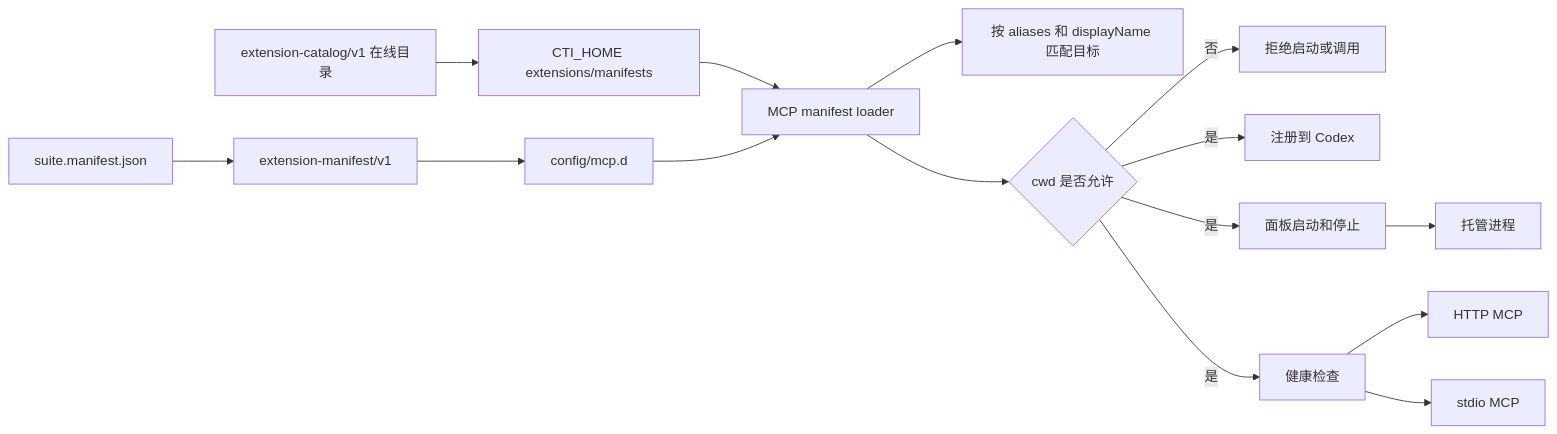
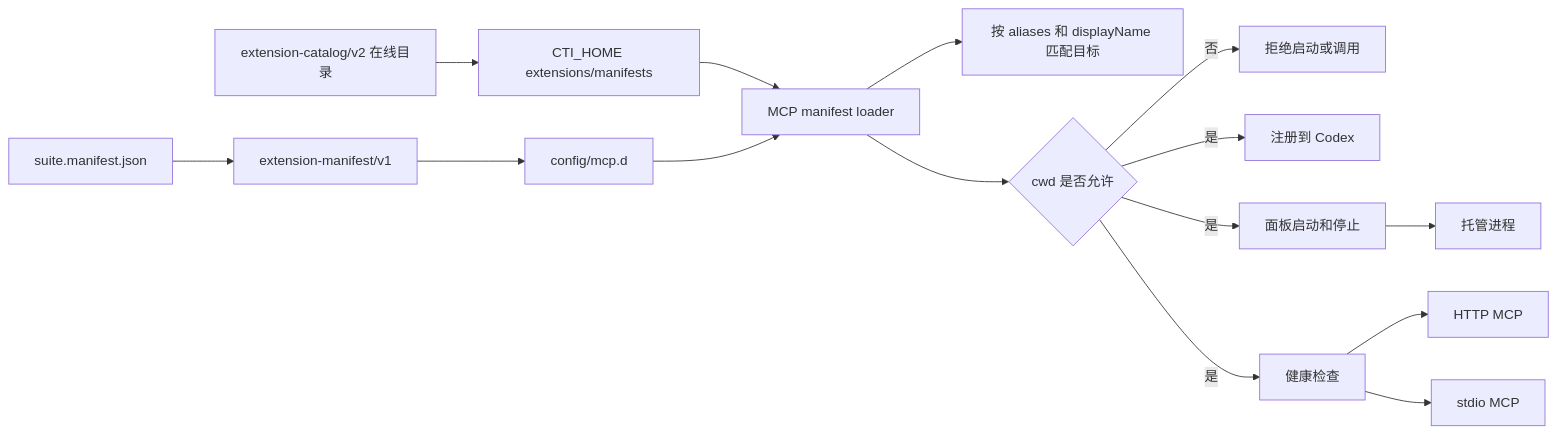
The seventh of 8 diagrams in docs/PROJECT-ARCHITECTURE.md (dddfuxi/codex-im-suite), drawn with Mermaid before and after one commit. The commit also changed other lines of this file and 58 other files, not shown here.

````diff
--- a/docs/PROJECT-ARCHITECTURE.md
+++ b/docs/PROJECT-ARCHITECTURE.md
@@ -686,17 +703,17 @@
 ```mermaid
 flowchart LR
   SuiteManifest[suite.manifest.json] --> Protocol[extension-manifest/v1]
   Protocol --> ManifestDir[config/mcp.d]
-  Catalog[extension-catalog/v1 在线目录] --> UserOverlay[CTI_HOME extensions/manifests]
+  Catalog[extension-catalog/v2 在线目录] --> UserOverlay[CTI_HOME extensions/manifests]
   UserOverlay --> Loader[MCP manifest loader]
   ManifestDir --> Loader[MCP manifest loader]
   Loader --> AliasMatch[按 aliases 和 displayName 匹配目标]
   Loader --> WorkspaceCheck{cwd 是否允许}
   WorkspaceCheck -->|否| Reject[拒绝启动或调用]
   WorkspaceCheck -->|是| Register[注册到 Codex]
   WorkspaceCheck -->|是| StartStop[面板启动和停止]
   WorkspaceCheck -->|是| Health[健康检查]
   StartStop --> ManagedProcess[托管进程]
   Health --> HttpMcp[HTTP MCP]
   Health --> StdioMcp[stdio MCP]
 ```
````
